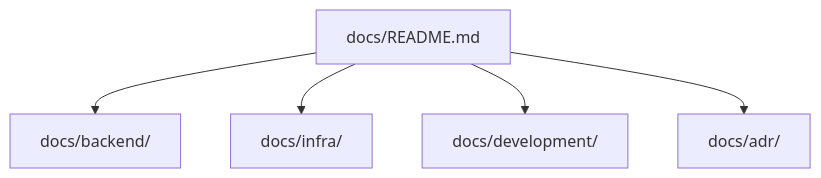
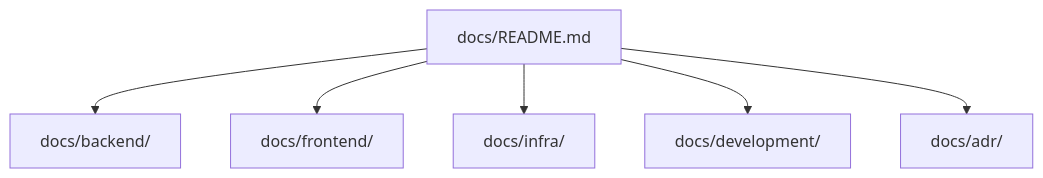
One commit to rafty/Todo-ECS-Sample changed the diagram in docs/README.md. Above: the diagram before and after it, drawn with Mermaid. The commit also changed other lines of this file and 26 other files, not shown here.

````diff
--- a/docs/README.md
+++ b/docs/README.md
@@ -8,13 +8,15 @@
 ```mermaid
 flowchart TB
   Root[docs/README.md]
   Backend[docs/backend/]
+  Frontend[docs/frontend/]
   Infra[docs/infra/]
   Dev[docs/development/]
   Adr[docs/adr/]
 
   Root --> Backend
+  Root --> Frontend
   Root --> Infra
   Root --> Dev
   Root --> Adr
 ```
````
